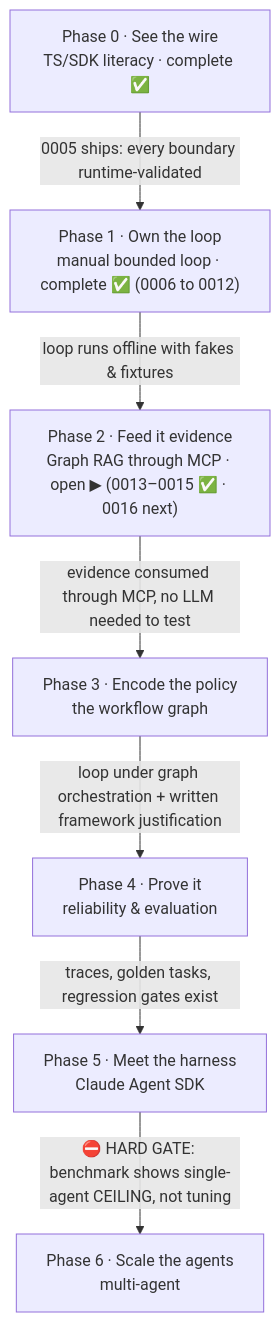
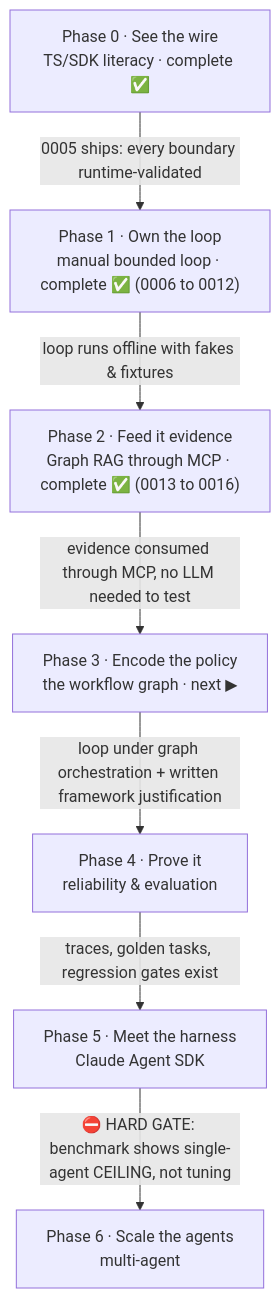
One commit to JozsefKiss90/TS changed the first of 5 diagrams in wiki/course/course-module-graph.md. Above: the diagram before and after it, drawn with Mermaid. The commit also changed other lines of this file and 27 other files, not shown here.

First line of the commit message:
Ship lesson 0016 - Evidence Enters the Loop; lab 11-evidence-in-the-loop; Phase 2 complete

````diff
--- a/wiki/course/course-module-graph.md
+++ b/wiki/course/course-module-graph.md
@@ -17,16 +17,16 @@
 ```mermaid
 flowchart TD
     P0["Phase 0 · See the wire<br/>TS/SDK literacy · complete ✅"]
     P1["Phase 1 · Own the loop<br/>manual bounded loop · complete ✅ (0006 to 0012)"]
-    P2["Phase 2 · Feed it evidence<br/>Graph RAG through MCP · open ▶ (0013–0015 ✅ · 0016 next)"]
-    P3["Phase 3 · Encode the policy<br/>the workflow graph"]
+    P2["Phase 2 · Feed it evidence<br/>Graph RAG through MCP · complete ✅ (0013 to 0016)"]
+    P3["Phase 3 · Encode the policy<br/>the workflow graph · next ▶"]
     P4["Phase 4 · Prove it<br/>reliability & evaluation"]
     P5["Phase 5 · Meet the harness<br/>Claude Agent SDK"]
     P6["Phase 6 · Scale the agents<br/>multi-agent"]
     P0 -->|"0005 ships: every boundary runtime-validated"| P1
     P1 -->|"loop runs offline with fakes & fixtures"| P2
     P2 -->|"evidence consumed through MCP, no LLM needed to test"| P3
     P3 -->|"loop under graph orchestration + written framework justification"| P4
     P4 -->|"traces, golden tasks, regression gates exist"| P5
     P5 -->|"⛔ HARD GATE: benchmark shows single-agent CEILING, not tuning"| P6
 ```
````
